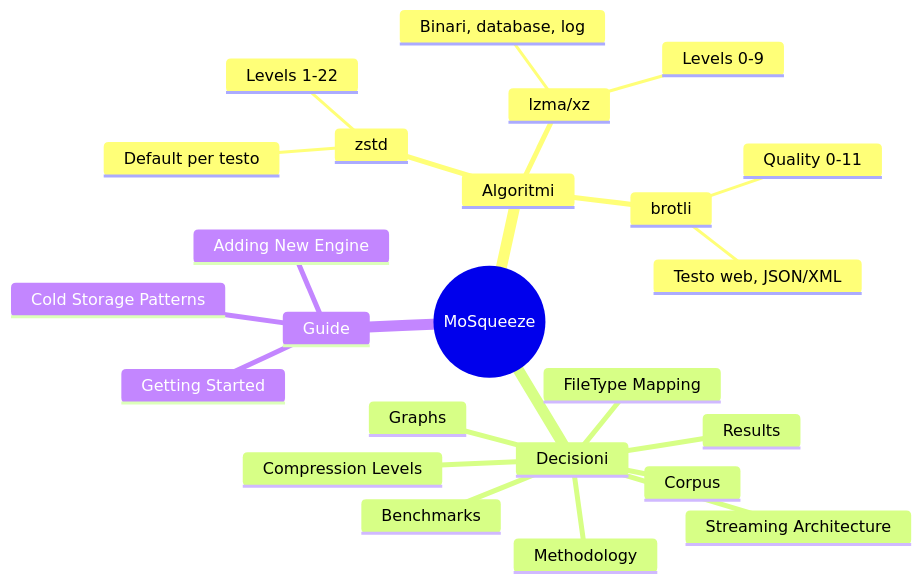
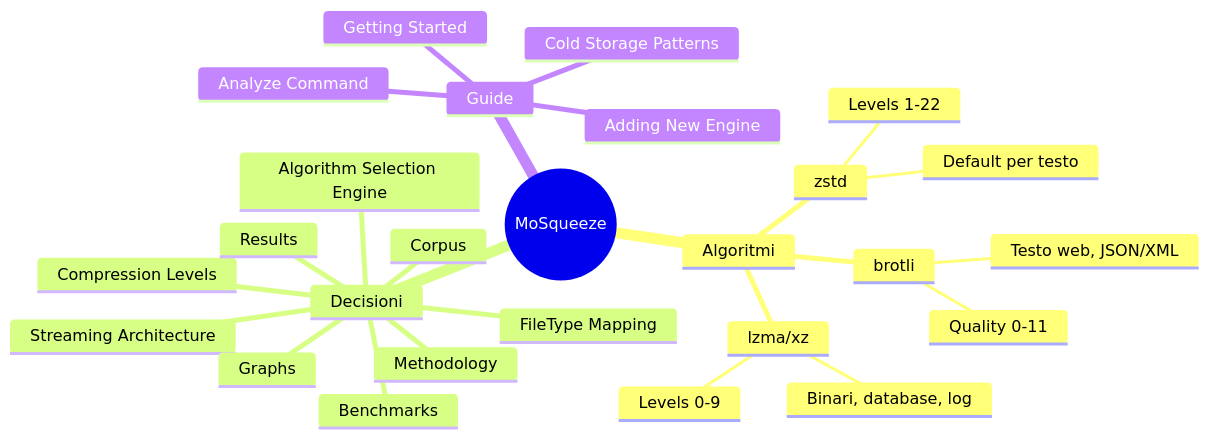
Before and after one commit to fathorMB/MoSqueeze: the diagram in docs/wiki/index.md, drawn with Mermaid. The commit also changed other lines of this file and 13 other files, not shown here.

Commit message:
Document algorithm selection in the wiki

````diff
--- a/docs/wiki/index.md
+++ b/docs/wiki/index.md
@@ -11,27 +11,29 @@
 ```mermaid
 mindmap
   root((MoSqueeze))
     Algoritmi
       zstd
         Default per testo
         Levels 1-22
       lzma/xz
           Binari, database, log
           Levels 0-9
       brotli
           Testo web, JSON/XML
           Quality 0-11
     Decisioni
       FileType Mapping
       Streaming Architecture
       Compression Levels
+      Algorithm Selection Engine
       Benchmarks
       Methodology
       Corpus
       Results
       Graphs
     Guide
       Getting Started
       Adding New Engine
       Cold Storage Patterns
+      Analyze Command
 ```
````
